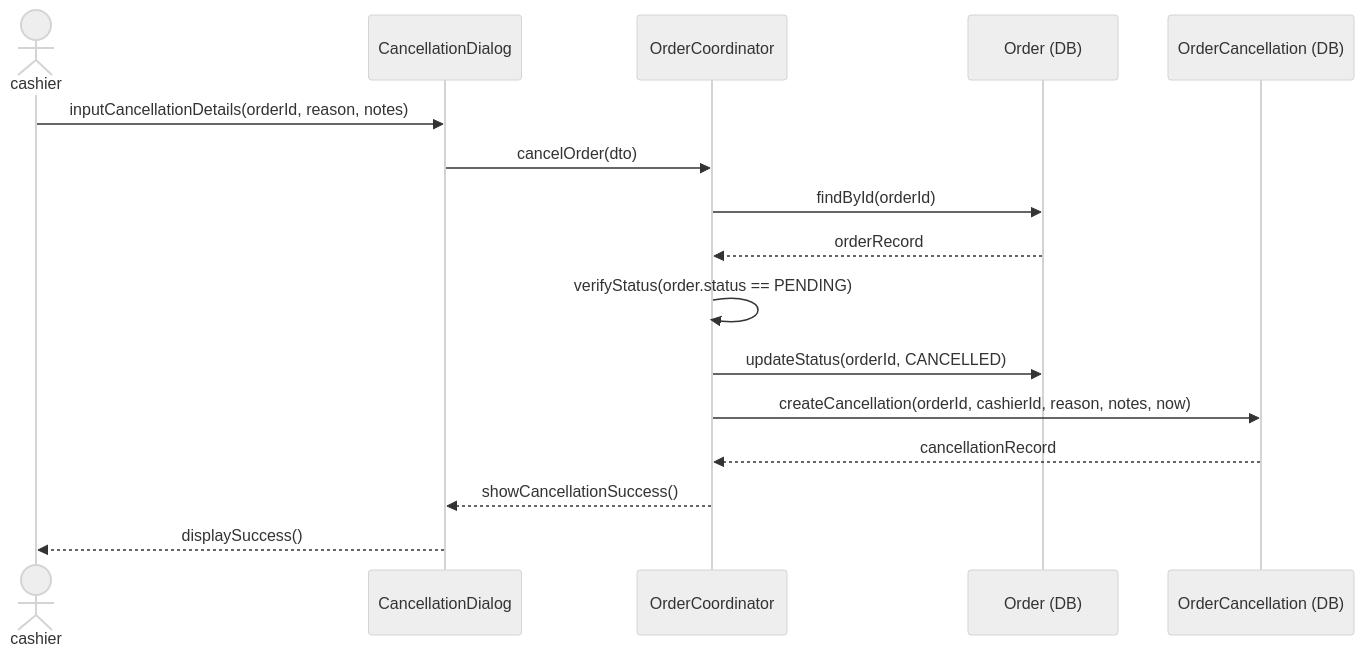
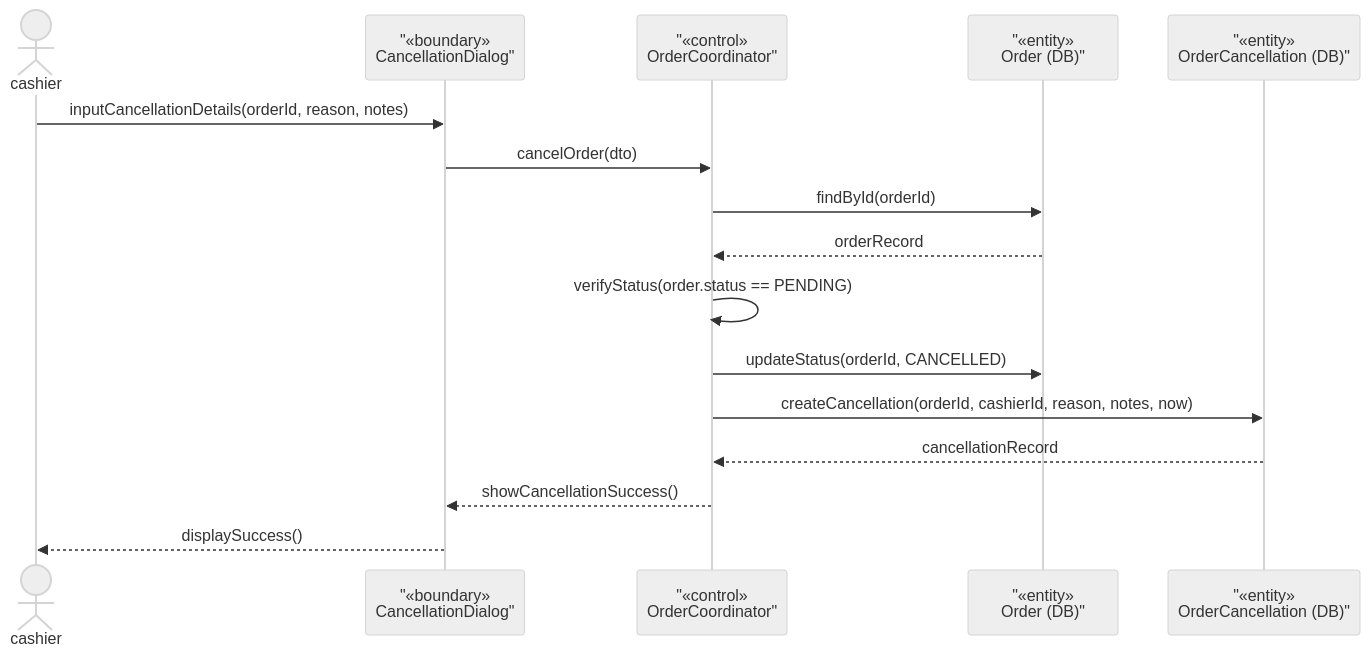
One commit to Shaichi/Khoga_coffe_shop changed the second of 5 diagrams in rds_sections/11_detailed_3_8_order_management.md. Above: the diagram before and after it, drawn with Mermaid (neutral theme). The commit also changed other lines of this file and 13 other files, not shown here.

````diff
--- a/rds_sections/11_detailed_3_8_order_management.md
+++ b/rds_sections/11_detailed_3_8_order_management.md
@@ -132,19 +132,19 @@
 ```mermaid
 sequenceDiagram
     actor cashier
-    participant CancelDialog as CancellationDialog
-    participant OrderCoord as OrderCoordinator
-    participant OrderDB as Order (DB)
-    participant CancelDB as OrderCancellation (DB)
+participant CancelDialog as "«boundary»<br/>CancellationDialog"
+participant OrderCoord as "«control»<br/>OrderCoordinator"
+participant OrderDB as "«entity»<br/>Order (DB)"
+participant CancelDB as "«entity»<br/>OrderCancellation (DB)"
 
     cashier->>CancelDialog: inputCancellationDetails(orderId, reason, notes)
     CancelDialog->>OrderCoord: cancelOrder(dto)
     OrderCoord->>OrderDB: findById(orderId)
     OrderDB-->>OrderCoord: orderRecord
     OrderCoord->>OrderCoord: verifyStatus(order.status == PENDING)
     OrderCoord->>OrderDB: updateStatus(orderId, CANCELLED)
     OrderCoord->>CancelDB: createCancellation(orderId, cashierId, reason, notes, now)
     CancelDB-->>OrderCoord: cancellationRecord
     OrderCoord-->>CancelDialog: showCancellationSuccess()
     CancelDialog-->>cashier: displaySuccess()
 ```
````
